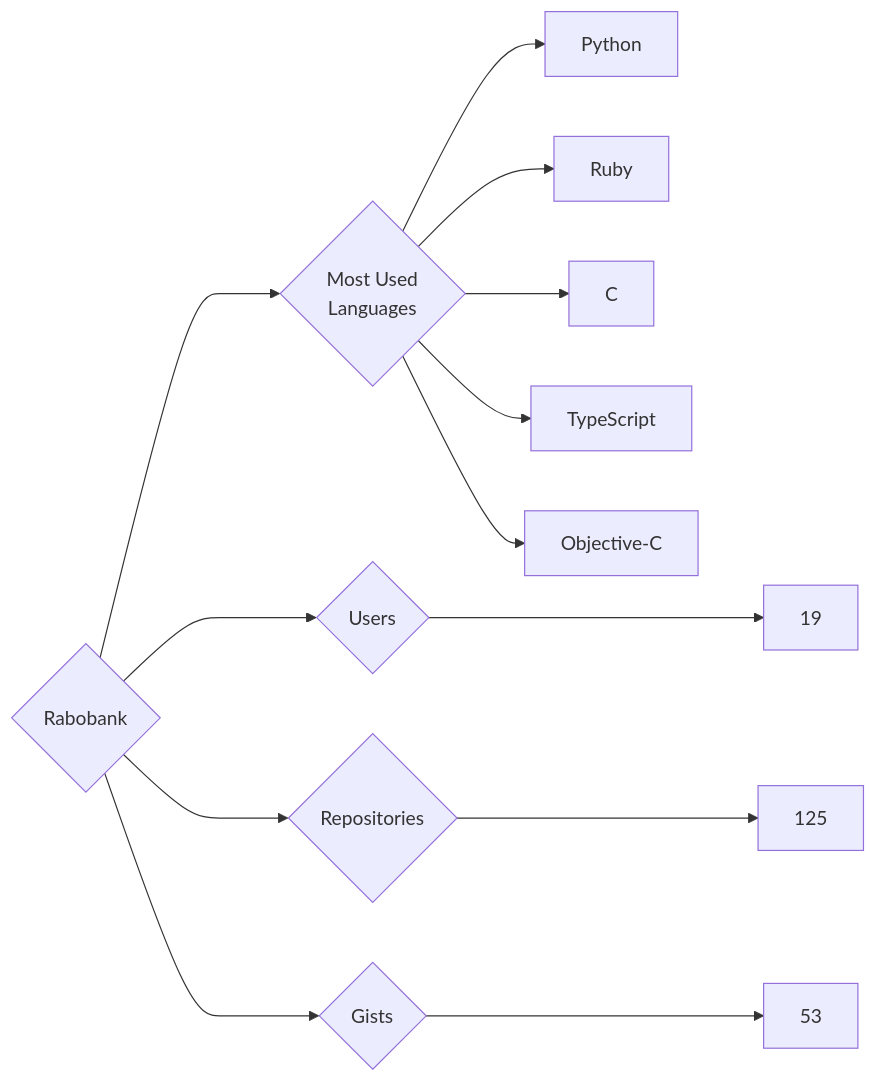
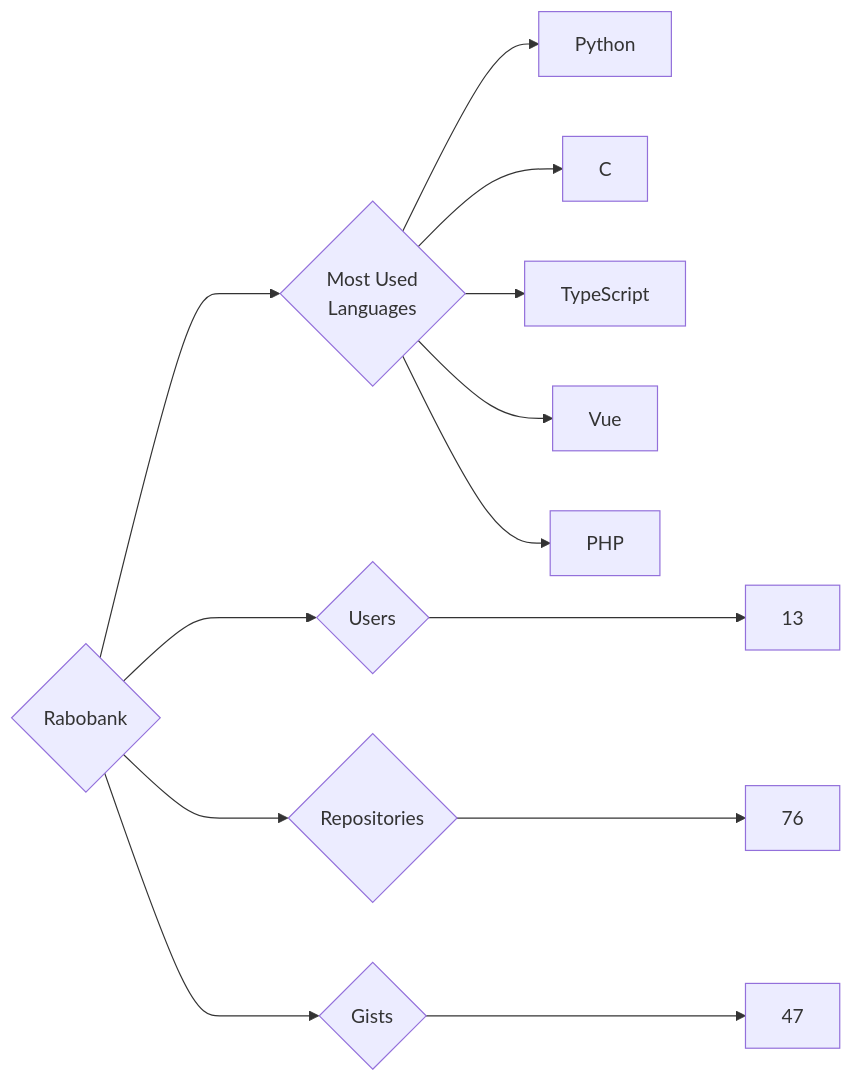
Before and after one commit to trickest/insiders: the diagram in targets/Rabobank/README.md, drawn with Mermaid. The commit also changed 955 other files, not shown here.

````diff
--- a/targets/Rabobank/README.md
+++ b/targets/Rabobank/README.md
@@ -3,13 +3,13 @@
 ```mermaid
 graph LR
 COMPANY_NAME{Rabobank}
-COMPANY_NAME ---> U{Users} ---> UN[19]
-COMPANY_NAME ---> R{Repositories} ---> RN[125]
-COMPANY_NAME ---> G{Gists} ---> GN[53]
+COMPANY_NAME ---> U{Users} ---> UN[13]
+COMPANY_NAME ---> R{Repositories} ---> RN[76]
+COMPANY_NAME ---> G{Gists} ---> GN[47]
 COMPANY_NAME ---> ML{Most Used<br>Languages}
 ML --> Python[Python]
-ML --> Ruby[Ruby]
 ML --> C[C]
 ML --> TypeScript[TypeScript]
-ML --> Objective-C[Objective-C]
+ML --> Vue[Vue]
+ML --> PHP[PHP]
 ```
````
